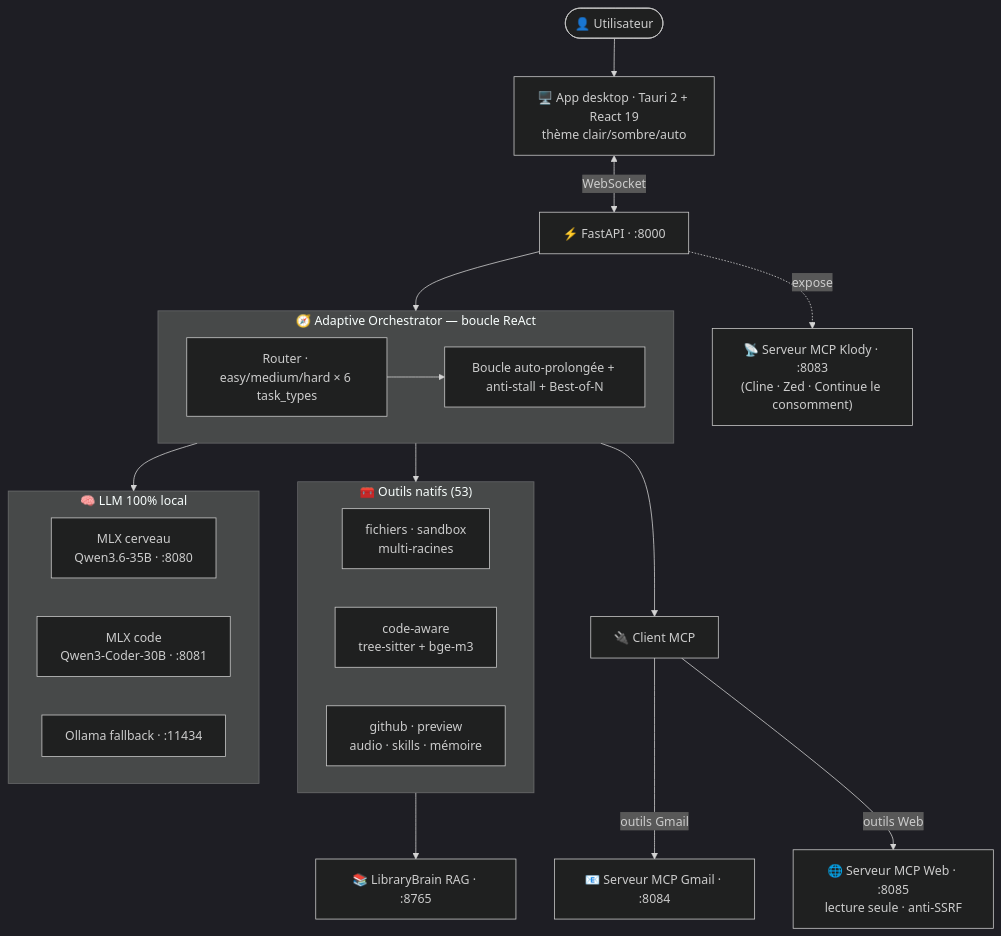
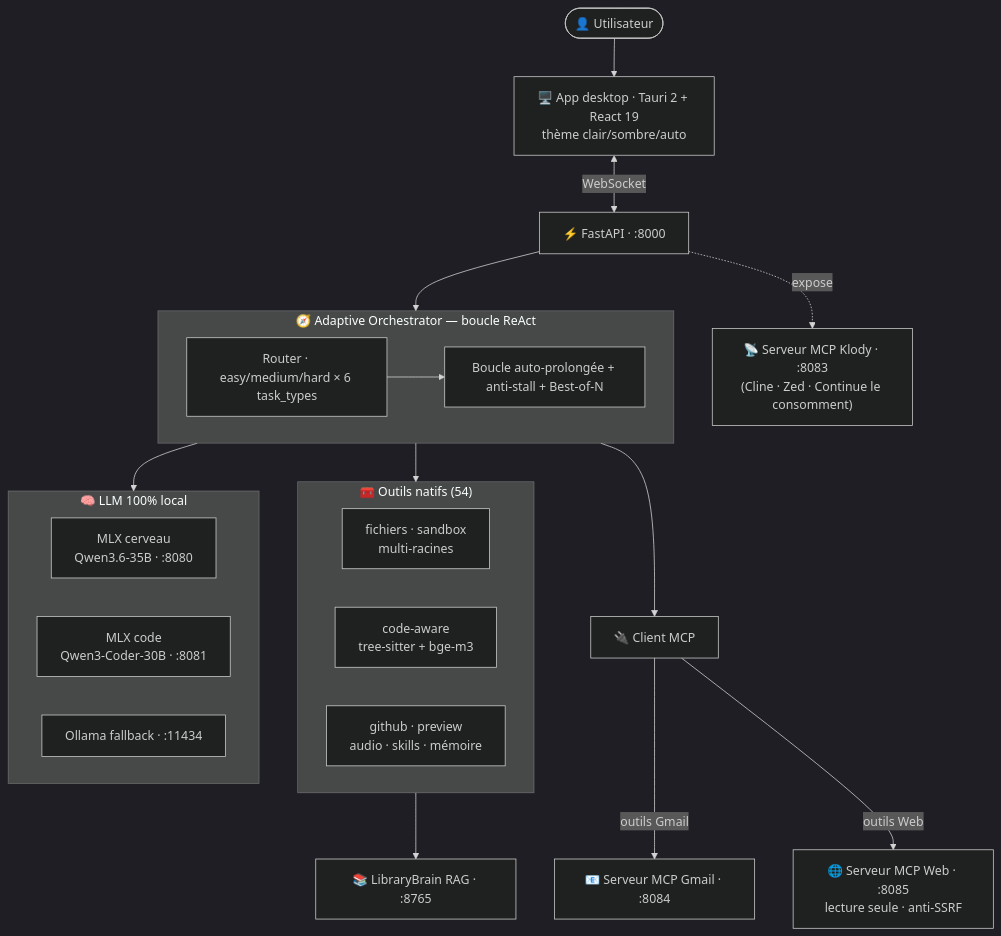
The diagram in README.md (klodynlov/klody-code-ai), drawn with Mermaid (dark theme) before and after one commit. The commit also changed other lines of this file and 5 other files, not shown here.

````diff
--- a/README.md
+++ b/README.md
@@ -50,36 +50,36 @@
 ```mermaid
 flowchart TD
     U([👤 Utilisateur]) --> UI["🖥️ App desktop · Tauri 2 + React 19<br/>thème clair/sombre/auto"]
     UI <-->|WebSocket| API["⚡ FastAPI · :8000"]
     API --> ORCH
 
     subgraph ORCH["🧭 Adaptive Orchestrator — boucle ReAct"]
         R["Router · easy/medium/hard × 6 task_types"]
         L["Boucle auto-prolongée + anti-stall + Best-of-N"]
         R --> L
     end
 
     ORCH --> TOOLS
     ORCH --> MCPC["🔌 Client MCP"]
     ORCH --> LLM
 
-    subgraph TOOLS["🧰 Outils natifs (53)"]
+    subgraph TOOLS["🧰 Outils natifs (54)"]
         direction LR
         T1["fichiers · sandbox<br/>multi-racines"]
         T2["code-aware<br/>tree-sitter + bge-m3"]
         T3["github · preview<br/>audio · skills · mémoire"]
     end
 
     MCPC -->|outils Gmail| GM["📧 Serveur MCP Gmail · :8084"]
     MCPC -->|outils Web| WB["🌐 Serveur MCP Web · :8085<br/>lecture seule · anti-SSRF"]
 
     subgraph LLM["🧠 LLM 100% local"]
         direction LR
         B["MLX cerveau<br/>Qwen3.6-35B · :8080"]
         C["MLX code<br/>Qwen3-Coder-30B · :8081"]
         O["Ollama fallback · :11434"]
     end
 
     TOOLS --> RAG["📚 LibraryBrain RAG · :8765"]
     API -.expose.-> MCPS["📡 Serveur MCP Klody · :8083<br/>(Cline · Zed · Continue le consomment)"]
 ```
````
